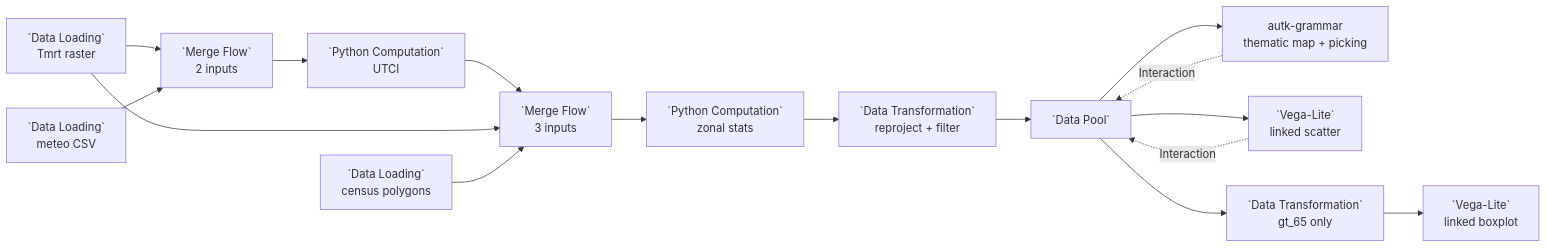
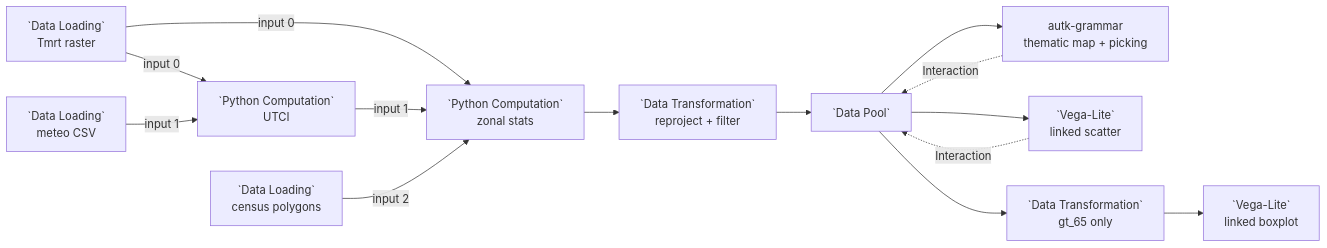
The diagram in docs/examples/09-heterogeneous-data-linked-views.md (urban-toolkit/curio), drawn with Mermaid before and after one commit. The commit also changed other lines of this file and 15 other files, not shown here.

Commit message:
Docs and walkthroughs wire flows straight into a node with several inputs

````diff
--- a/docs/examples/09-heterogeneous-data-linked-views.md
+++ b/docs/examples/09-heterogeneous-data-linked-views.md
@@ -15,24 +15,23 @@
 ```mermaid
 flowchart LR
   R[`Data Loading`<br/>Tmrt raster]
   W[`Data Loading`<br/>meteo CSV]
   S[`Data Loading`<br/>census polygons]
 
-  R --> MG[`Merge Flow`<br/>2 inputs]
-  W --> MG --> U[`Python Computation`<br/>UTCI]
+  R -->|input 0| U[`Python Computation`<br/>UTCI]
+  W -->|input 1| U
 
-  U --> MZ[`Merge Flow`<br/>3 inputs]
-  R --> MZ
-  S --> MZ
-  MZ --> Z[`Python Computation`<br/>zonal stats]
+  R -->|input 0| Z[`Python Computation`<br/>zonal stats]
+  U -->|input 1| Z
+  S -->|input 2| Z
   Z --> T[`Data Transformation`<br/>reproject + filter] --> P[`Data Pool`]
 
   P --> M[autk-grammar<br/>thematic map + picking]
   P --> SC[`Vega-Lite`<br/>linked scatter]
   P --> BX[`Data Transformation`<br/>gt_65 only] --> BV[`Vega-Lite`<br/>linked boxplot]
 
   %% Brushing is routed back through the Data Pool, which re-fans the selection
   %% to every downstream view - the views are not wired to each other.
   M  -. Interaction .-> P
   SC -. Interaction .-> P
 ```
````
